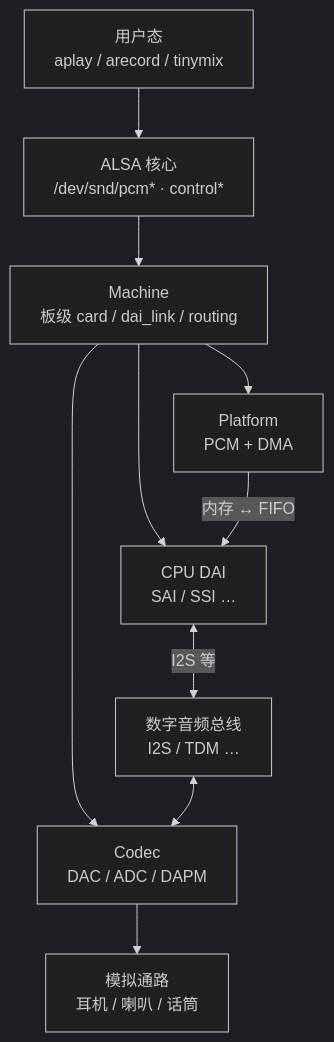
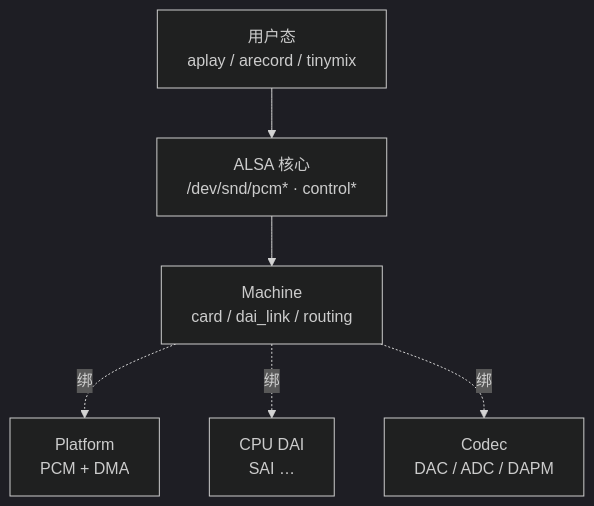
Before and after one commit to dengtaowei/blogD: the diagram in docs/analysis/kernel/sound/imx6ull-asoc-layers.md, drawn with Mermaid (dark theme). The commit also changed other lines of this file and 2 other files, not shown here.

````diff
--- a/docs/analysis/kernel/sound/imx6ull-asoc-layers.md
+++ b/docs/analysis/kernel/sound/imx6ull-asoc-layers.md
@@ -70,20 +71,15 @@
 ```mermaid
 flowchart TB
   US["用户态<br/>aplay / arecord / tinymix"]
   ALSA["ALSA 核心<br/>/dev/snd/pcm* · control*"]
-  M["Machine<br/>板级 card / dai_link / routing"]
+  M["Machine<br/>card / dai_link / routing"]
+
   P["Platform<br/>PCM + DMA"]
-  C["CPU DAI<br/>SAI / SSI …"]
+  C["CPU DAI<br/>SAI …"]
   CO["Codec<br/>DAC / ADC / DAPM"]
-  BUS["数字音频总线<br/>I2S / TDM …"]
-  AN["模拟通路<br/>耳机 / 喇叭 / 话筒"]
 
   US --> ALSA --> M
-  M --> P
-  M --> C
-  M --> CO
-  P -->|"内存 ↔ FIFO"| C
-  C <-->|"I2S 等"| BUS
-  BUS <--> CO
-  CO --> AN
+  M -.绑.-> P
+  M -.绑.-> C
+  M -.绑.-> CO
 ```
````
